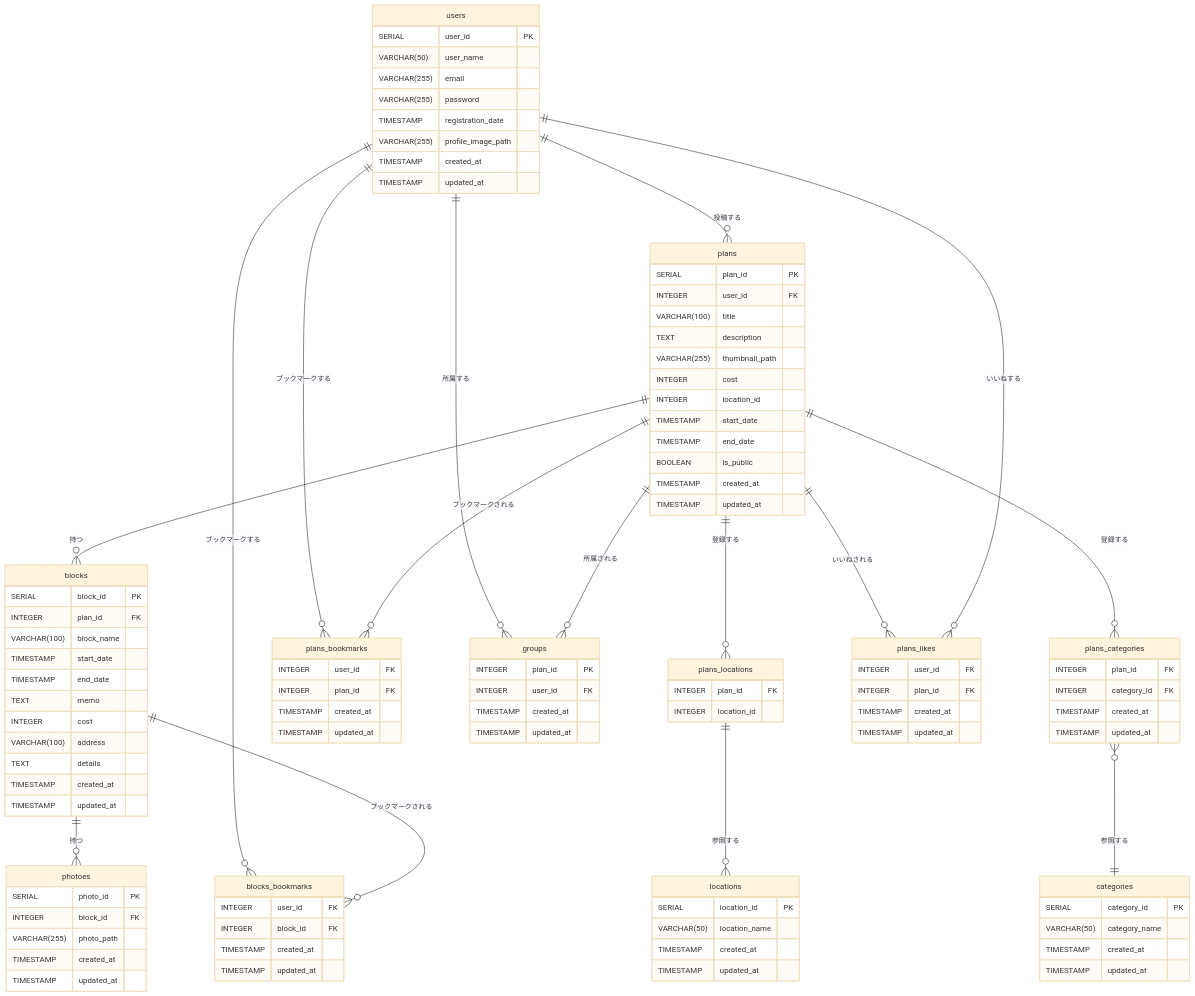
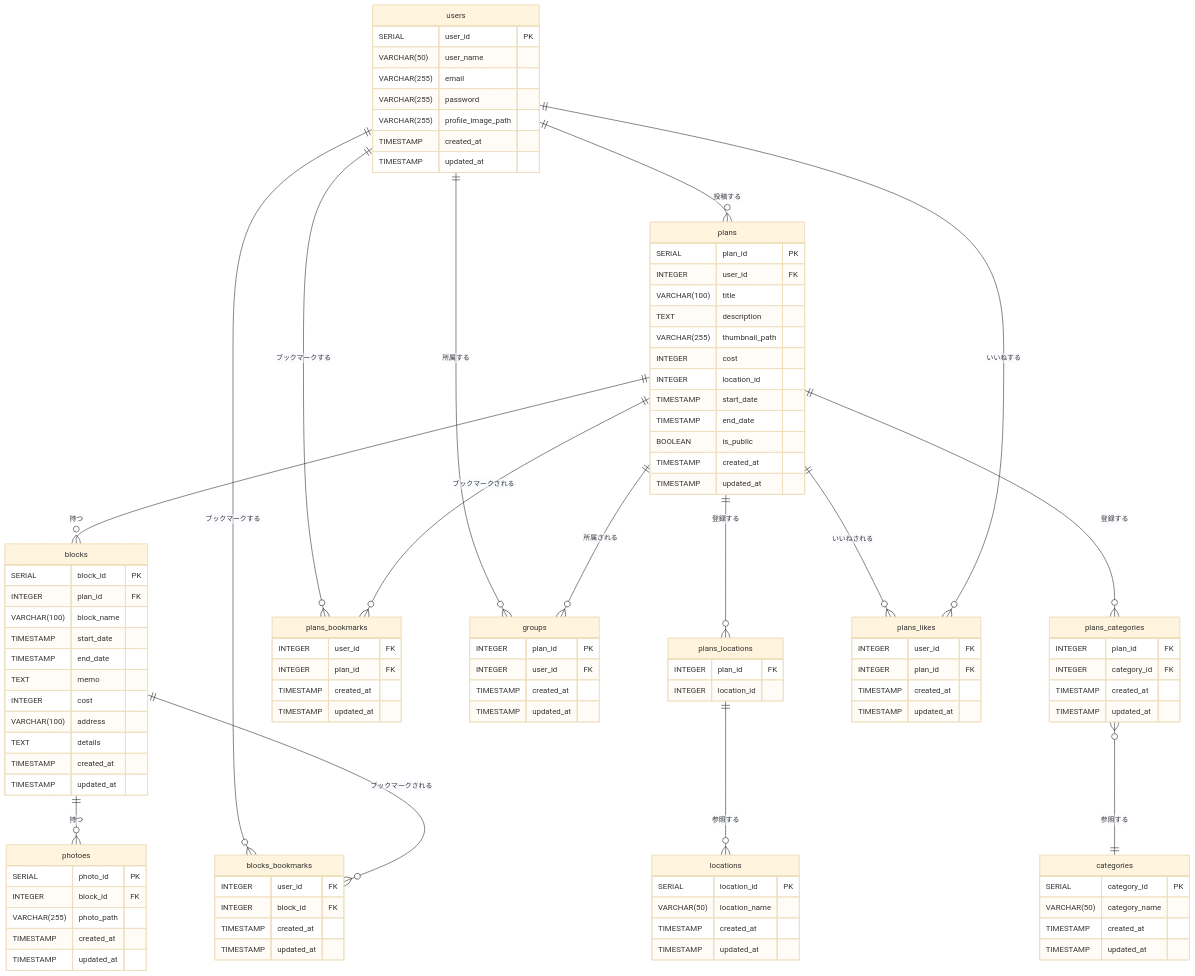
One commit to Fuuma0000/manetabi_api changed the diagram in README.md. Above: the diagram before and after it, drawn with Mermaid (base theme). The commit also changed other lines of this file, not shown here.

Commit message:
[fix]registration_dateを削除

```diff
--- a/README.md
+++ b/README.md
@@ -28,7 +28,6 @@
         VARCHAR(50) user_name
         VARCHAR(255) email
         VARCHAR(255) password
-        TIMESTAMP registration_date
 		VARCHAR(255) profile_image_path
         TIMESTAMP created_at
         TIMESTAMP updated_at
```
